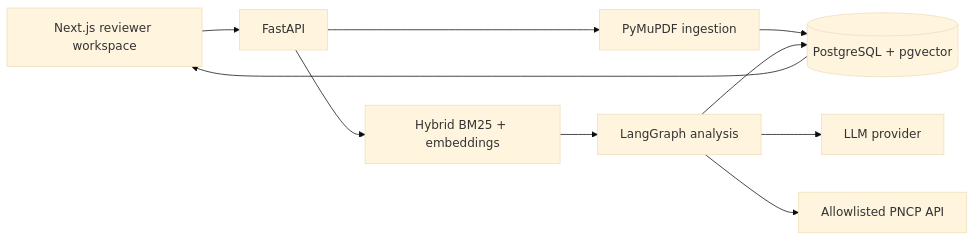
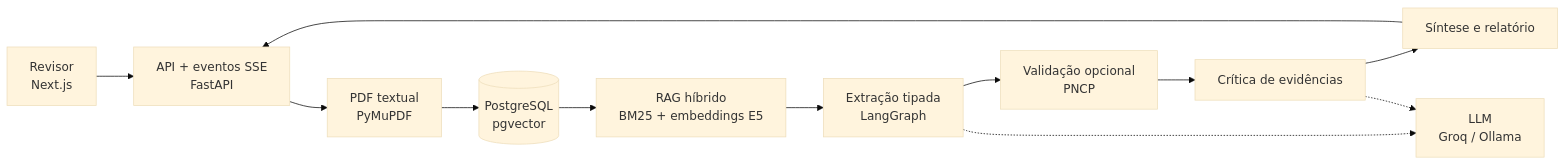
The diagram in README.md (Cassio327/govcheck-ai), drawn with Mermaid (base theme) before and after one commit. The commit also changed other lines of this file, not shown here.

Commit message:
docs(portfolio): create striking Portuguese-first README with architecture and demo entrypoint

````diff
--- a/README.md
+++ b/README.md
@@ -23,12 +40,14 @@
 ```mermaid
 flowchart LR
-    UI[Next.js reviewer workspace] --> API[FastAPI]
-    API --> PDF[PyMuPDF ingestion]
-    PDF --> DB[(PostgreSQL + pgvector)]
-    API --> RAG[Hybrid BM25 + embeddings]
-    RAG --> GRAPH[LangGraph analysis]
-    GRAPH --> LLM[LLM provider]
-    GRAPH --> PNCP[Allowlisted PNCP API]
-    GRAPH --> DB
-    DB --> UI
+  U["Revisor<br/>Next.js"] --> API["API + eventos SSE<br/>FastAPI"]
+  API --> P["PDF textual<br/>PyMuPDF"]
+  P --> DB[("PostgreSQL<br/>pgvector")]
+  DB --> R["RAG híbrido<br/>BM25 + embeddings E5"]
+  R --> EX["Extração tipada<br/>LangGraph"]
+  EX --> V["Validação opcional<br/>PNCP"]
+  V --> C["Crítica de evidências"]
+  C --> S["Síntese e relatório"]
+  S --> API
+  EX -.-> L["LLM<br/>Groq / Ollama"]
+  C -.-> L
 ```
````
